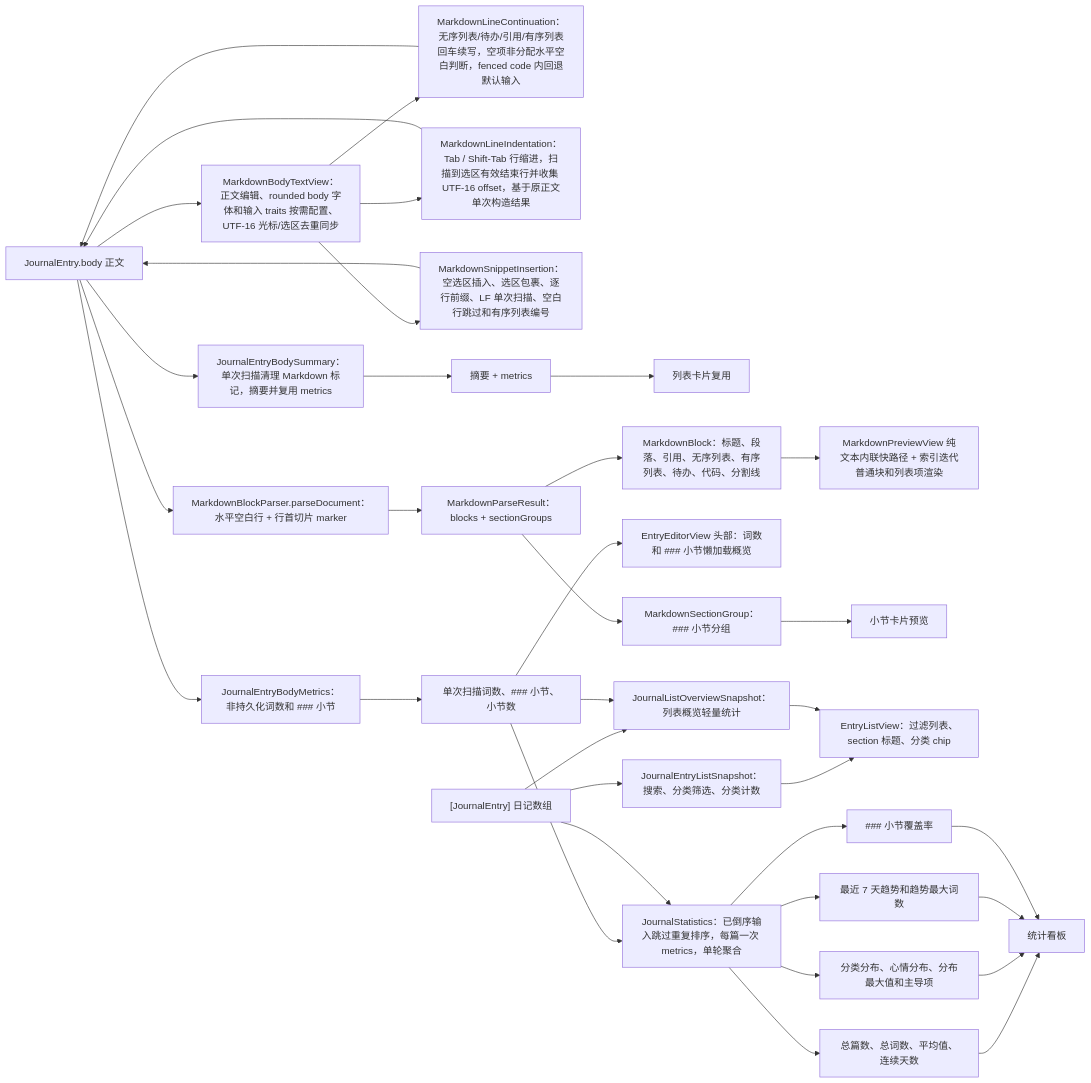
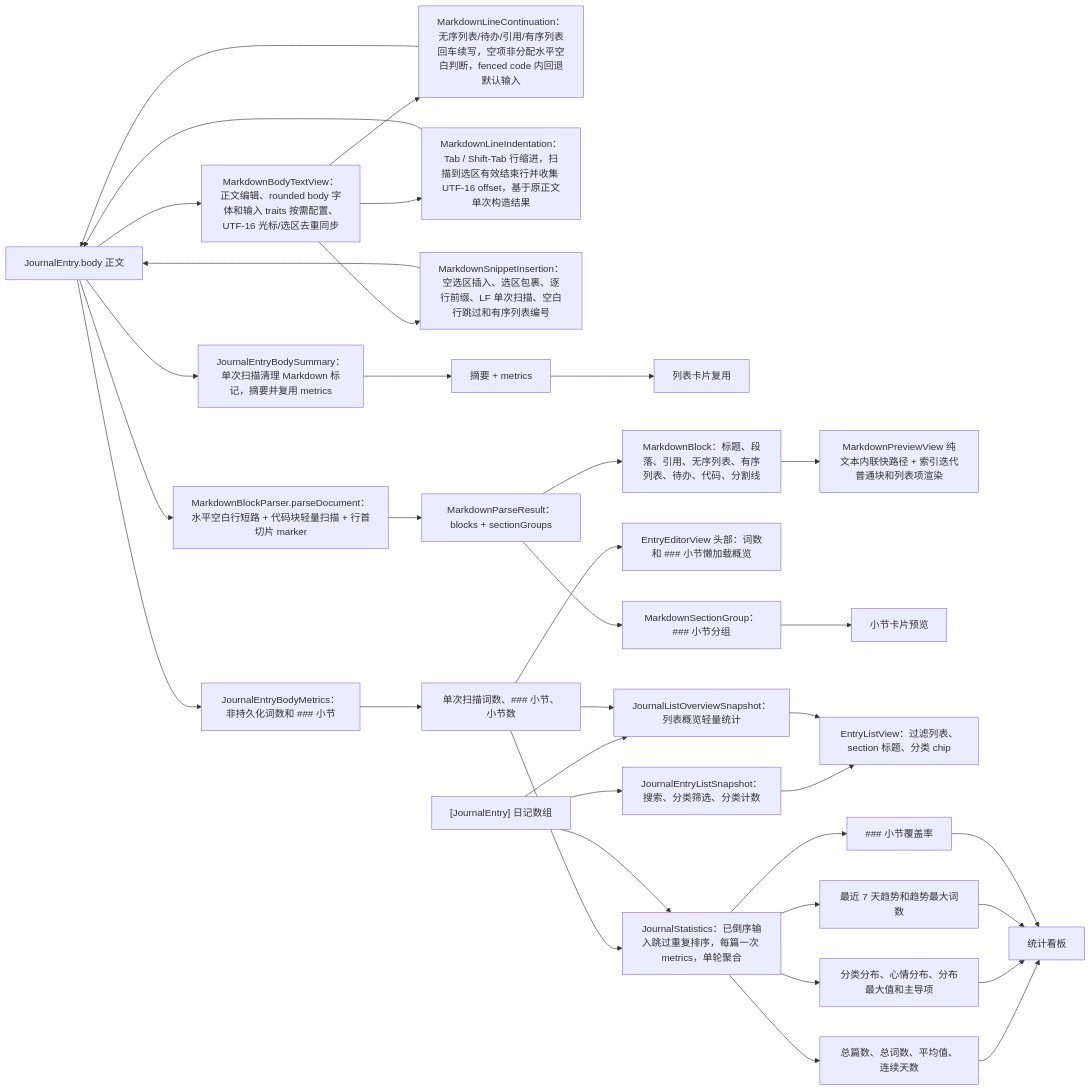
Before and after one commit to Altman-sam114/117: the fourth of 6 diagrams in md/flow/flowchart.md, drawn with Mermaid. The commit also changed other lines of this file and 8 other files, not shown here.

````diff
--- a/md/flow/flowchart.md
+++ b/md/flow/flowchart.md
@@ -123,37 +123,37 @@
 ```mermaid
 flowchart LR
   Body["JournalEntry.body 正文"] --> MetricsNode2["JournalEntryBodyMetrics：非持久化词数和 ### 小节"]
   Body --> Summary["JournalEntryBodySummary：单次扫描清理 Markdown 标记，摘要并复用 metrics"]
   Body --> BodyText["MarkdownBodyTextView：正文编辑、rounded body 字体和输入 traits 按需配置、UTF-16 光标/选区去重同步"]
   BodyText --> ContinueRule["MarkdownLineContinuation：无序列表/待办/引用/有序列表回车续写，空项非分配水平空白判断，fenced code 内回退默认输入"]
   ContinueRule --> Body
   BodyText --> IndentRule["MarkdownLineIndentation：Tab / Shift-Tab 行缩进，扫描到选区有效结束行并收集 UTF-16 offset，基于原正文单次构造结果"]
   IndentRule --> Body
   BodyText --> InsertRule["MarkdownSnippetInsertion：空选区插入、选区包裹、逐行前缀、LF 单次扫描、空白行跳过和有序列表编号"]
   InsertRule --> Body
   MetricsNode2 --> MetricsData["单次扫描词数、### 小节、小节数"]
   Summary --> Excerpt["摘要 + metrics"]
   Excerpt --> RowEditor["列表卡片复用"]
   MetricsData --> Statistics["JournalStatistics：已倒序输入跳过重复排序，每篇一次 metrics，单轮聚合"]
   MetricsData --> EditorHeader["EntryEditorView 头部：词数和 ### 小节懒加载概览"]
-  Body --> Parse["MarkdownBlockParser.parseDocument：水平空白行 + 行首切片 marker"]
+  Body --> Parse["MarkdownBlockParser.parseDocument：水平空白行短路 + 代码块轻量扫描 + 行首切片 marker"]
   Parse --> Result["MarkdownParseResult：blocks + sectionGroups"]
   Result --> Blocks["MarkdownBlock：标题、段落、引用、无序列表、有序列表、待办、代码、分割线"]
   Blocks --> Preview["MarkdownPreviewView 纯文本内联快路径 + 索引迭代普通块和列表项渲染"]
   Result --> Sections["MarkdownSectionGroup：### 小节分组"]
   Sections --> SectionPreview["小节卡片预览"]
   Entries["[JournalEntry] 日记数组"] --> Statistics
   Entries --> ListSnapshot2["JournalEntryListSnapshot：搜索、分类筛选、分类计数"]
   ListSnapshot2 --> ListView["EntryListView：过滤列表、section 标题、分类 chip"]
   Entries --> ListOverview2["JournalListOverviewSnapshot：列表概览轻量统计"]
   MetricsData --> ListOverview2
   ListOverview2 --> ListView
   Statistics --> Metrics["总篇数、总词数、平均值、连续天数"]
   Statistics --> Distributions["分类分布、心情分布、分布最大值和主导项"]
   Statistics --> Trend["最近 7 天趋势和趋势最大词数"]
   Statistics --> Coverage["### 小节覆盖率"]
   Metrics --> Dashboard["统计看板"]
   Distributions --> Dashboard
   Trend --> Dashboard
   Coverage --> Dashboard
 ```
````
